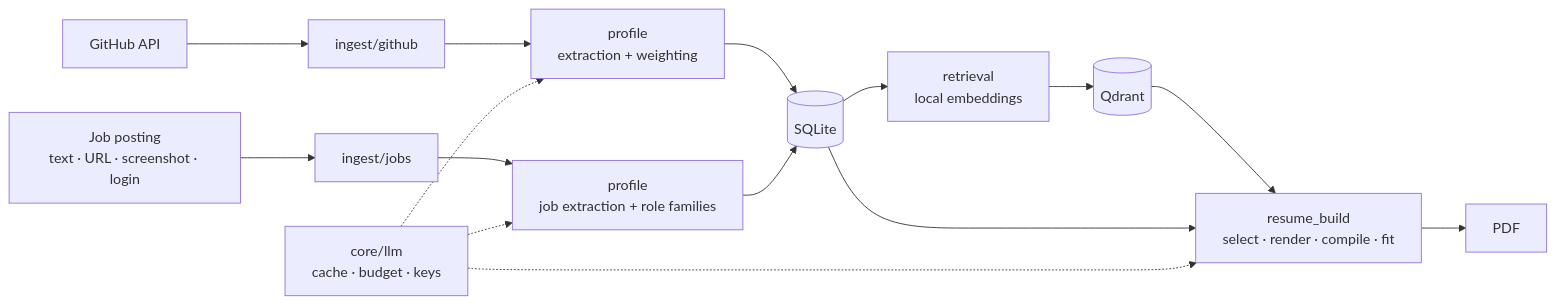
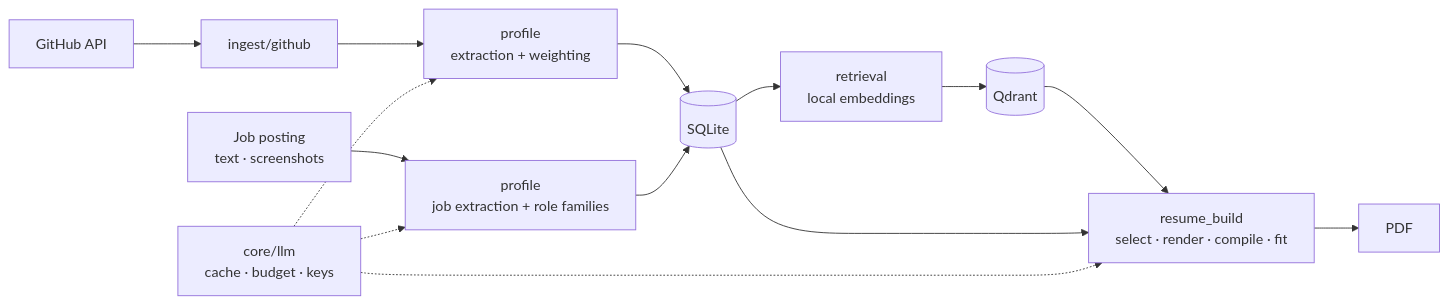
Before and after one commit to ShailKPatel/Open-to-work: the diagram in README.md, drawn with Mermaid. The commit also changed other lines of this file and 43 other files, not shown here.

````diff
--- a/README.md
+++ b/README.md
@@ -95,17 +95,16 @@
 ```mermaid
 flowchart LR
     GH[GitHub API] --> SYNC[ingest/github]
-    JP[Job posting<br/>text · URL · screenshot · login] --> JOBS[ingest/jobs]
     SYNC --> PROF[profile<br/>extraction + weighting]
-    JOBS --> JEX[profile<br/>job extraction + role families]
+    JP[Job posting<br/>text · screenshots] --> JEX[profile<br/>job extraction + role families]
     PROF --> DB[(SQLite)]
     JEX --> DB
     DB --> IDX[retrieval<br/>local embeddings]
     IDX --> QD[(Qdrant)]
     QD --> RB[resume_build<br/>select · render · compile · fit]
     DB --> RB
     RB --> PDF[PDF]
     LLM[core/llm<br/>cache · budget · keys] -.-> PROF
     LLM -.-> JEX
     LLM -.-> RB
 ```
````
